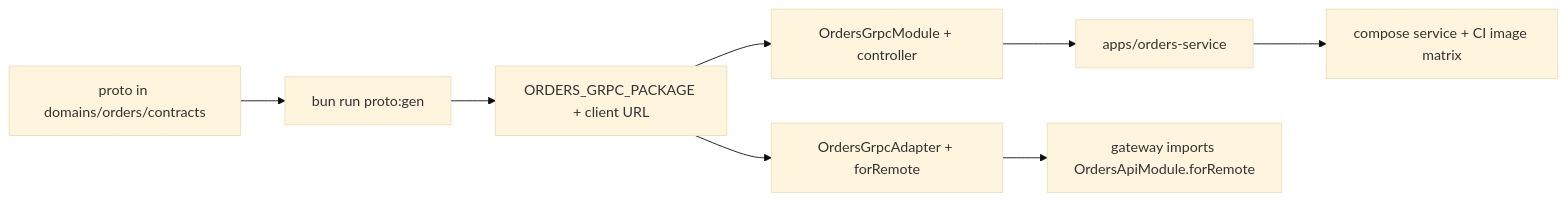
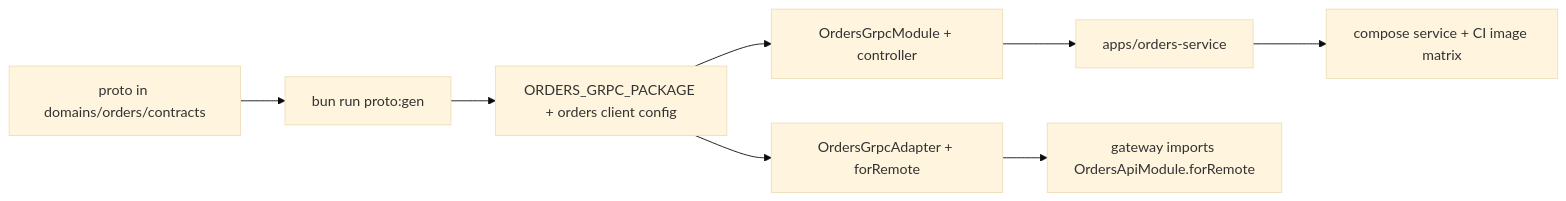
One commit to alonecandies/nestjs-boilerplate changed the diagram in docs/DEVELOPMENT.md. Above: the diagram before and after it, drawn with Mermaid (base theme). The commit also changed other lines of this file and 5 other files, not shown here.

````diff
--- a/docs/DEVELOPMENT.md
+++ b/docs/DEVELOPMENT.md
@@ -272,10 +299,10 @@
 ```mermaid
 flowchart LR
   P[proto in domains/orders/contracts] --> G[bun run proto:gen]
-  G --> R[ORDERS_GRPC_PACKAGE + client URL]
+  G --> R[ORDERS_GRPC_PACKAGE + orders client config]
   R --> S[OrdersGrpcModule + controller]
   S --> A[apps/orders-service]
   R --> C[OrdersGrpcAdapter + forRemote]
   C --> W[gateway imports OrdersApiModule.forRemote]
   A --> D[compose service + CI image matrix]
 ```
````
